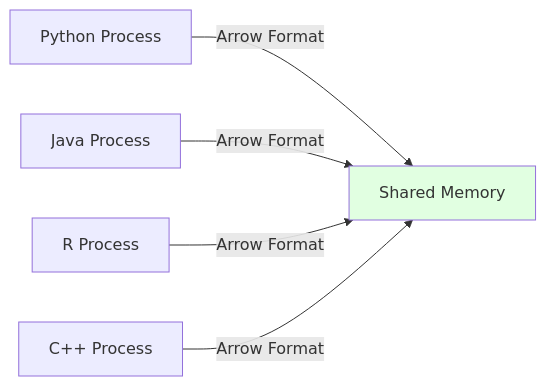
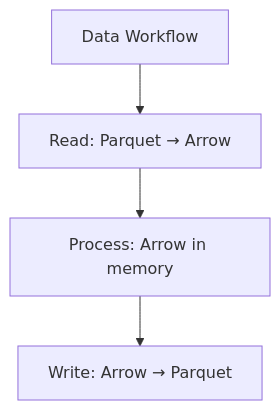
The first of 3 diagrams in 40-49 Data_Management/41_Data_Engineering/41.04 Apache Arrow.md (LCKYN/LCKYN-KnowledgeBase), drawn with Mermaid before and after one commit. The commit also changed other lines of this file and 17 other files, not shown here.

````diff
--- a/40-49 Data_Management/41_Data_Engineering/41.04 Apache Arrow.md
+++ b/40-49 Data_Management/41_Data_Engineering/41.04 Apache Arrow.md
@@ -54,9 +23,6 @@
 ```mermaid
-graph LR
-    A[Python Process] -->|Arrow Format| B[Shared Memory]
-    C[Java Process] -->|Arrow Format| B
-    D[R Process] -->|Arrow Format| B
-    E[C++ Process] -->|Arrow Format| B
-
-    style B fill:#e1ffe1
+graph TB
+    A[Data Workflow] --> B[Read: Parquet → Arrow]
+    B --> C[Process: Arrow in memory]
+    C --> D[Write: Arrow → Parquet]
 ```
````
